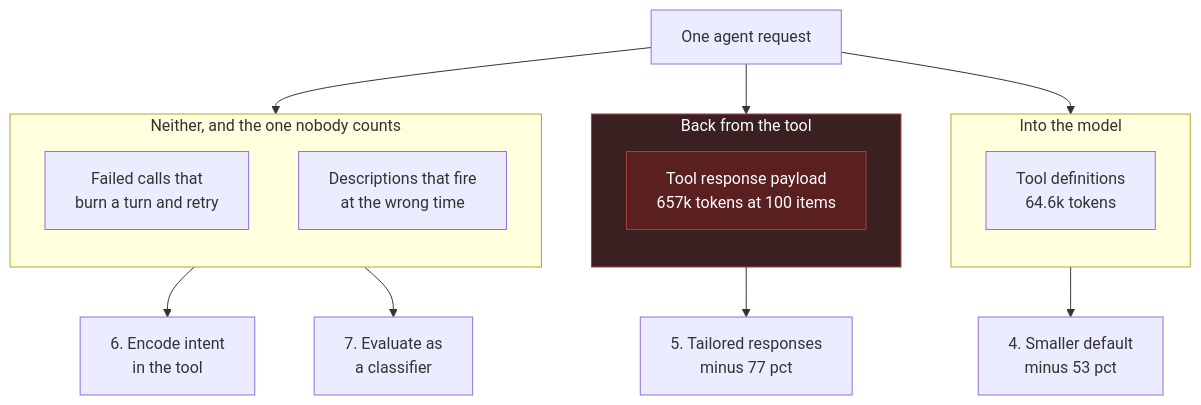
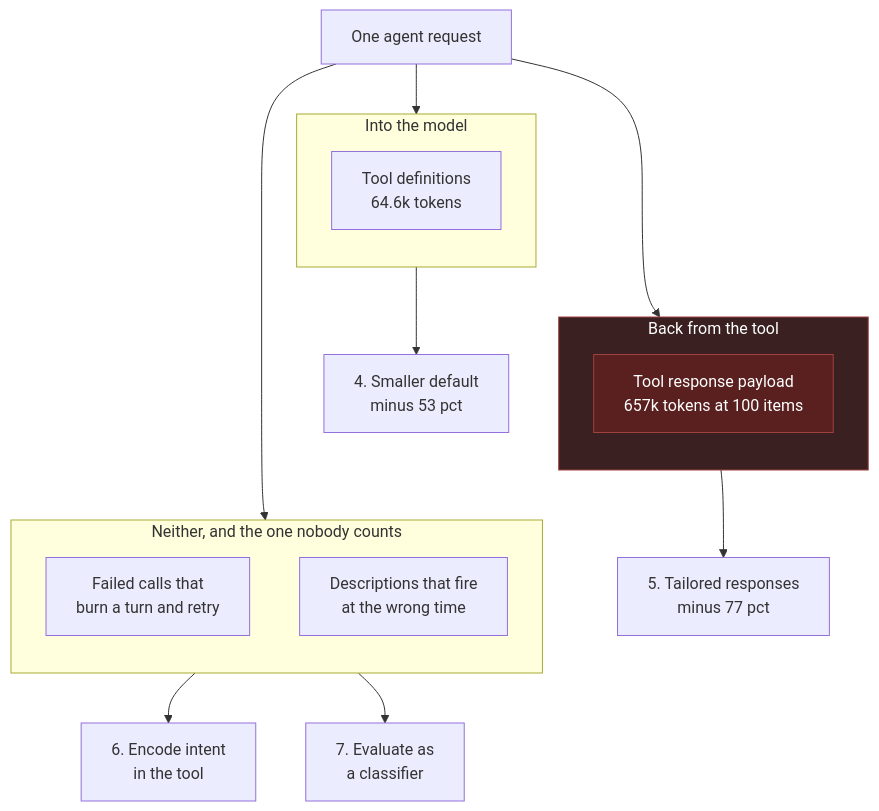
Before and after one commit to 0xchamin/mincha_brain: the fourth of 7 diagrams in sources/260816_scaling-github-for-agents/LEARNING.md, drawn with Mermaid. The commit also changed other lines of this file, not shown here.

````diff
--- a/sources/260816_scaling-github-for-agents/LEARNING.md
+++ b/sources/260816_scaling-github-for-agents/LEARNING.md
@@ -385,32 +387,34 @@
 ```mermaid
 flowchart TB
     REQ["One agent request"]
 
     subgraph IN["Into the model"]
         direction TB
         CAT["Tool definitions<br/>64.6k tokens"]
     end
 
     subgraph OUT["Back from the tool"]
         direction TB
         RESP["Tool response payload<br/>657k tokens at 100 items"]
     end
 
     subgraph BEH["Neither, and the one nobody counts"]
         direction TB
         FAIL["Failed calls that<br/>burn a turn and retry"]
         DESC["Descriptions that fire<br/>at the wrong time"]
     end
 
     REQ --> IN
     REQ --> OUT
     REQ --> BEH
 
+    IN ~~~ OUT ~~~ BEH
+
     CAT --> F4["4. Smaller default<br/>minus 53 pct"]
     RESP --> F5["5. Tailored responses<br/>minus 77 pct"]
     FAIL --> F6["6. Encode intent<br/>in the tool"]
     DESC --> F7["7. Evaluate as<br/>a classifier"]
 
     style OUT fill:#3a2020,stroke:#a04040,color:#fff
     style RESP fill:#5a1f1f,stroke:#a04040,color:#fff
 ```
````
